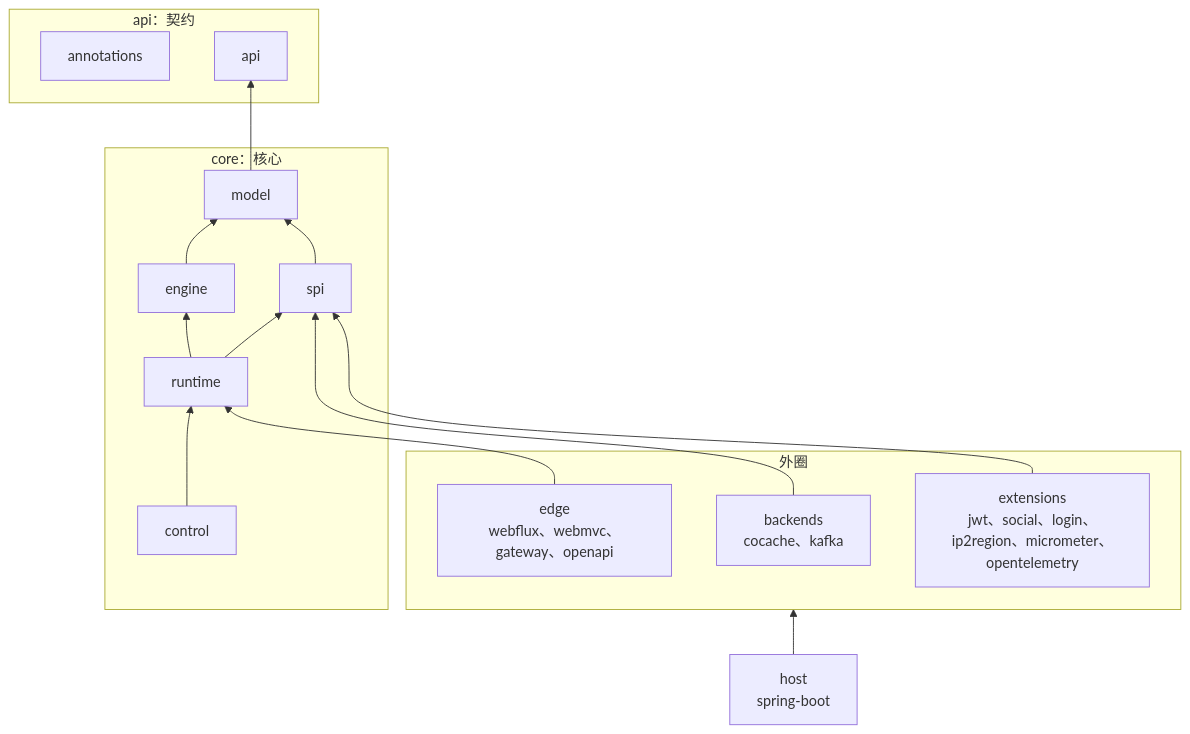
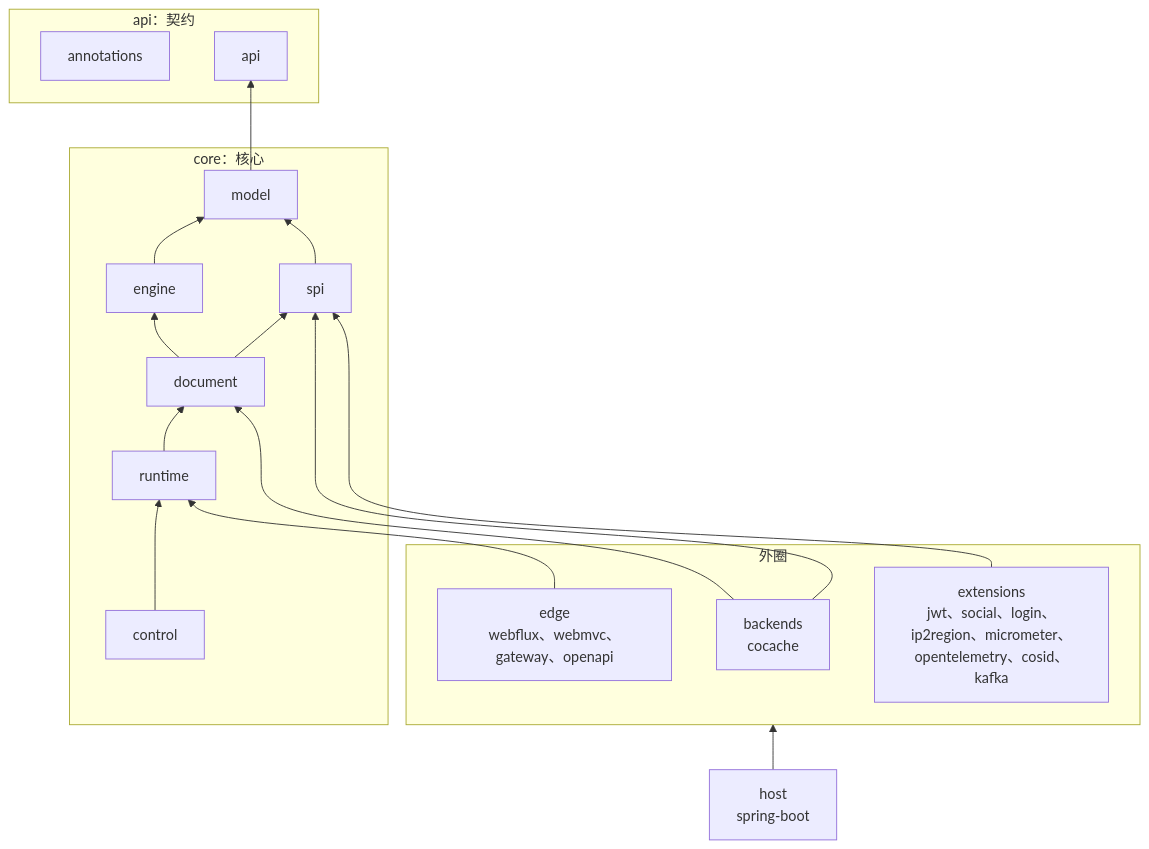
Before and after one commit to Ahoo-Wang/CoSec: the diagram in docs/rfc/0011-module-architecture.md, drawn with Mermaid. The commit also changed other lines of this file and 1 other file, not shown here.

Commit message:
docs: RFC 0011 revised for A1; AGENTS.md after the shadow ports' move and cosec-kafka as an extension

````diff
--- a/docs/rfc/0011-module-architecture.md
+++ b/docs/rfc/0011-module-architecture.md
@@ -56,21 +63,23 @@
 ```mermaid
 flowchart BT
   subgraph contract[api：契约]
     annotations
     api
   end
   subgraph core[core：核心]
     model --> api
     engine --> model
     spi --> model
-    runtime --> engine
-    runtime --> spi
+    document --> engine
+    document --> spi
+    runtime --> document
     control --> runtime
   end
   subgraph outer[外圈]
-    backends[backends<br>cocache、kafka] --> spi
+    backends[backends<br>cocache] --> spi
+    backends --> document
     edge[edge<br>webflux、webmvc、gateway、openapi] --> runtime
-    extensions[extensions<br>jwt、social、login、ip2region、micrometer、opentelemetry] --> spi
+    extensions[extensions<br>jwt、social、login、ip2region、micrometer、opentelemetry、cosid、kafka] --> spi
   end
   host[host<br>spring-boot] --> outer
 ```
````
